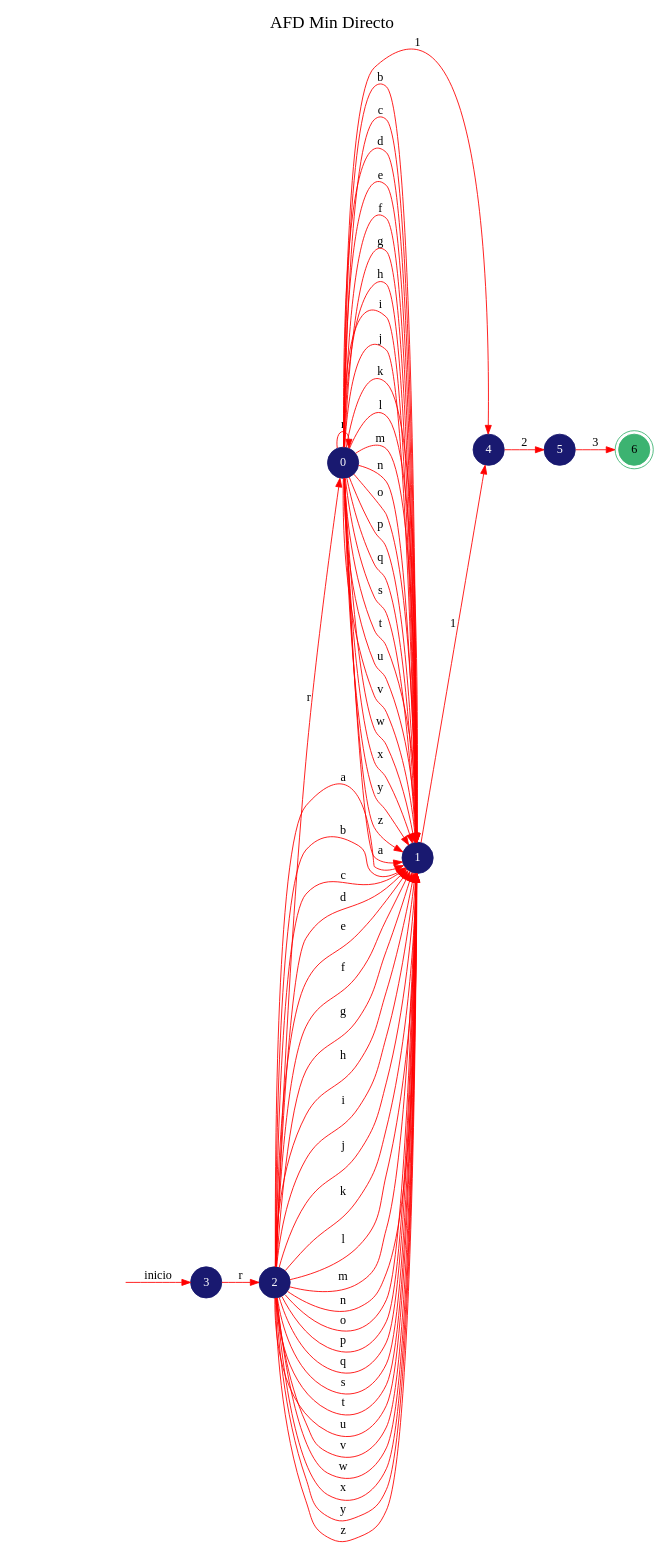
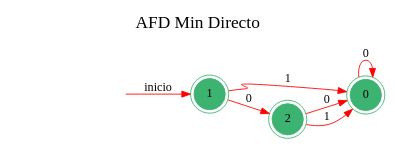
One commit to fcpauldiaz-archive/Automata changed the diagram in GeneracionAutomatas/DOT/AFD Min Directo.dot. Above: the diagram before and after it, drawn with Graphviz. The commit also changed 32 other files, not shown here.

```diff
--- a/GeneracionAutomatas/DOT/AFD Min Directo.dot
+++ b/GeneracionAutomatas/DOT/AFD Min Directo.dot
@@ -1,67 +1,15 @@
 digraph automata_finito {
 	rankdir=LR;
 	graph [label="AFD Min Directo", labelloc=t, fontsize=20]; 
-	node [shape=doublecircle, style = filled,color = mediumseagreen]; 6 6;
+	node [shape=doublecircle, style = filled,color = mediumseagreen]; 0 0 1 2;
 	node [shape=circle];
 	node [color=midnightblue,fontcolor=white];
 	edge [color=red];
 	secret_node [style=invis];
-	secret_node -> 3 [label="inicio"];
-	0 -> 1 [label="a"];
-	0 -> 1 [label="b"];
-	0 -> 1 [label="c"];
-	0 -> 1 [label="d"];
-	0 -> 1 [label="e"];
-	0 -> 1 [label="f"];
-	0 -> 1 [label="g"];
-	0 -> 1 [label="h"];
-	0 -> 1 [label="i"];
-	0 -> 1 [label="j"];
-	0 -> 1 [label="k"];
-	0 -> 1 [label="l"];
-	0 -> 1 [label="m"];
-	0 -> 1 [label="n"];
-	0 -> 1 [label="o"];
-	0 -> 1 [label="p"];
-	0 -> 1 [label="q"];
-	0 -> 4 [label="1"];
-	0 -> 0 [label="r"];
-	0 -> 1 [label="s"];
-	0 -> 1 [label="t"];
-	0 -> 1 [label="u"];
-	0 -> 1 [label="v"];
-	0 -> 1 [label="w"];
-	0 -> 1 [label="x"];
-	0 -> 1 [label="y"];
-	0 -> 1 [label="z"];
-	1 -> 4 [label="1"];
-	2 -> 1 [label="a"];
-	2 -> 1 [label="b"];
-	2 -> 1 [label="c"];
-	2 -> 1 [label="d"];
-	2 -> 1 [label="e"];
-	2 -> 1 [label="f"];
-	2 -> 1 [label="g"];
-	2 -> 1 [label="h"];
-	2 -> 1 [label="i"];
-	2 -> 1 [label="j"];
-	2 -> 1 [label="k"];
-	2 -> 1 [label="l"];
-	2 -> 1 [label="m"];
-	2 -> 1 [label="n"];
-	2 -> 1 [label="o"];
-	2 -> 1 [label="p"];
-	2 -> 1 [label="q"];
-	2 -> 0 [label="r"];
-	2 -> 1 [label="s"];
-	2 -> 1 [label="t"];
-	2 -> 1 [label="u"];
-	2 -> 1 [label="v"];
-	2 -> 1 [label="w"];
-	2 -> 1 [label="x"];
-	2 -> 1 [label="y"];
-	2 -> 1 [label="z"];
-	3 -> 2 [label="r"];
-	4 -> 5 [label="2"];
-	5 -> 6 [label="3"];
+	secret_node -> 1 [label="inicio"];
+	0 -> 0 [label="0"];
+	1 -> 2 [label="0"];
+	1 -> 0 [label="1"];
+	2 -> 0 [label="0"];
+	2 -> 0 [label="1"];
 }
```
